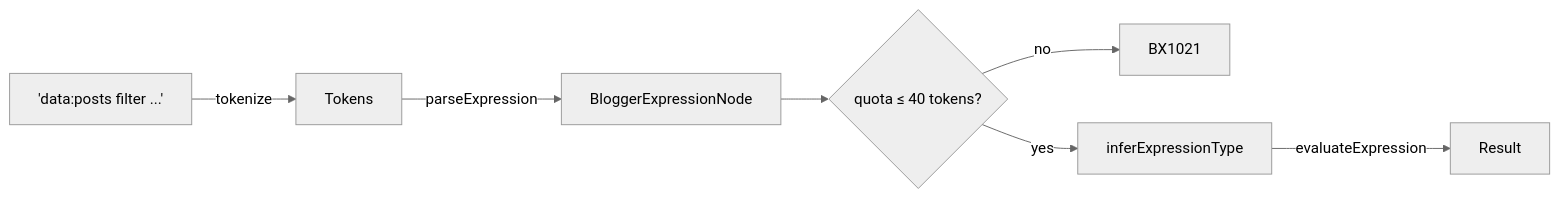
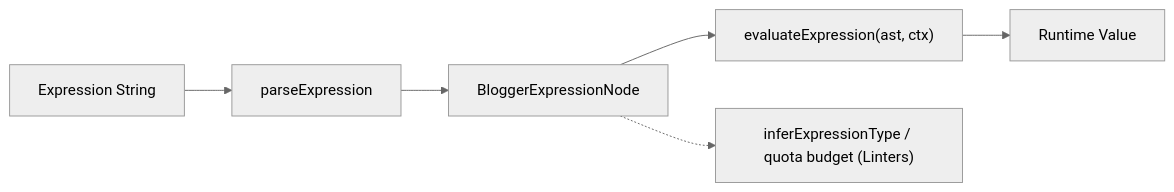
One commit to zkreations/blogger-spec changed the second of 4 diagrams in README.md. Above: the diagram before and after it, drawn with Mermaid (neutral theme). The commit also changed other lines of this file, not shown here.

Commit message:
docs: refine expression flow and scope resolution diagrams in README

````diff
--- a/README.md
+++ b/README.md
@@ -47,9 +47,6 @@
 ```mermaid
 flowchart LR
-  S["'data:posts filter ...'"] -->|tokenize| T["Tokens"]
-  T -->|parseExpression| A["BloggerExpressionNode"]
-  A --> Q{"quota ≤ 40 tokens?"}
-  Q -->|no| E1["BX1021"]
-  Q -->|yes| TY["inferExpressionType"]
-  TY -->|evaluateExpression| R["Result"]
+  S["Expression String"] --> PE["parseExpression"] --> AST["BloggerExpressionNode"]
+  AST --> EE["evaluateExpression(ast, ctx)"] --> R["Runtime Value"]
+  AST -.-> SA["inferExpressionType / quota budget (Linters)"]
 ```
````
